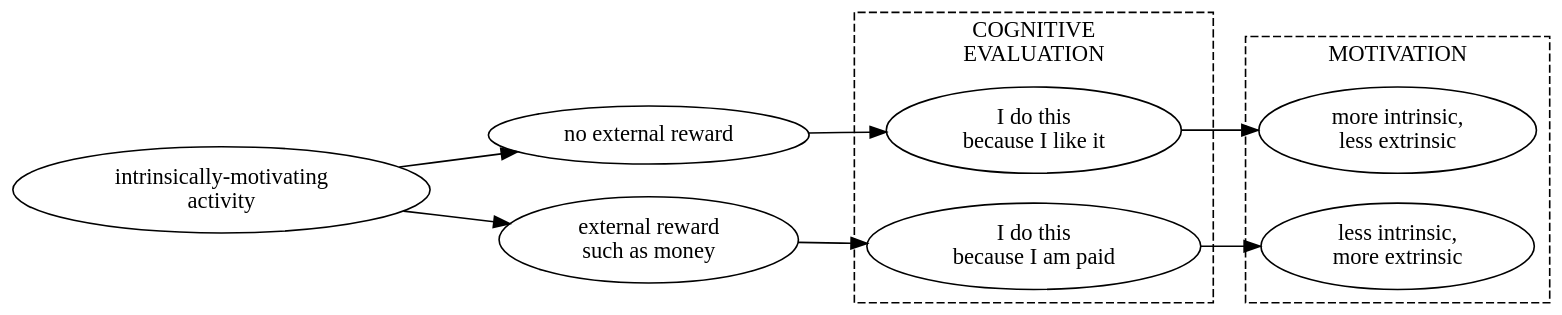
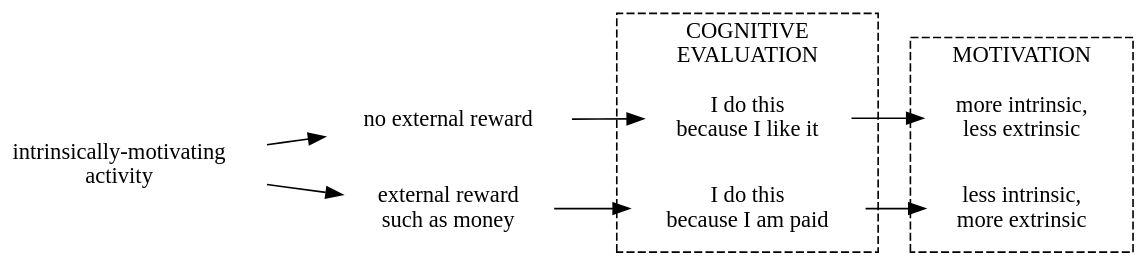
One commit to GermanoGallicchio/learning changed the fourth of 8 diagrams in JXHC_1055/02.qmd. Above: the diagram before and after it, drawn with Graphviz. The commit also changed other lines of this file, not shown here.

````diff
--- a/JXHC_1055/02.qmd
+++ b/JXHC_1055/02.qmd
@@ -244,32 +292,33 @@
 ```{dot}
 //| fig-width: 13
 digraph G {
     rankdir=LR;
+    node [shape=plaintext]
     bgcolor = "transparent"
     
     A [label="intrinsically-motivating\nactivity"];
     R [label="no external reward"];
     R2 [label="I do this\nbecause I like it"];
     R3 [label="more intrinsic,\nless extrinsic"];
     N [label="external reward\nsuch as money"];
     N2 [label="I do this\nbecause I am paid"];
     N3 [label="less intrinsic,\nmore extrinsic"];
 
     subgraph cluster_appraisal {
         label="COGNITIVE\nEVALUATION";
         style=dashed;
         R2;
         N2;
     }
 
     subgraph cluster_motivation {
         label="MOTIVATION";
         style=dashed;
         R3;
         N3;
     }
 
     A -> R -> R2 -> R3;
     A -> N -> N2 -> N3;
 }
 ```
````
